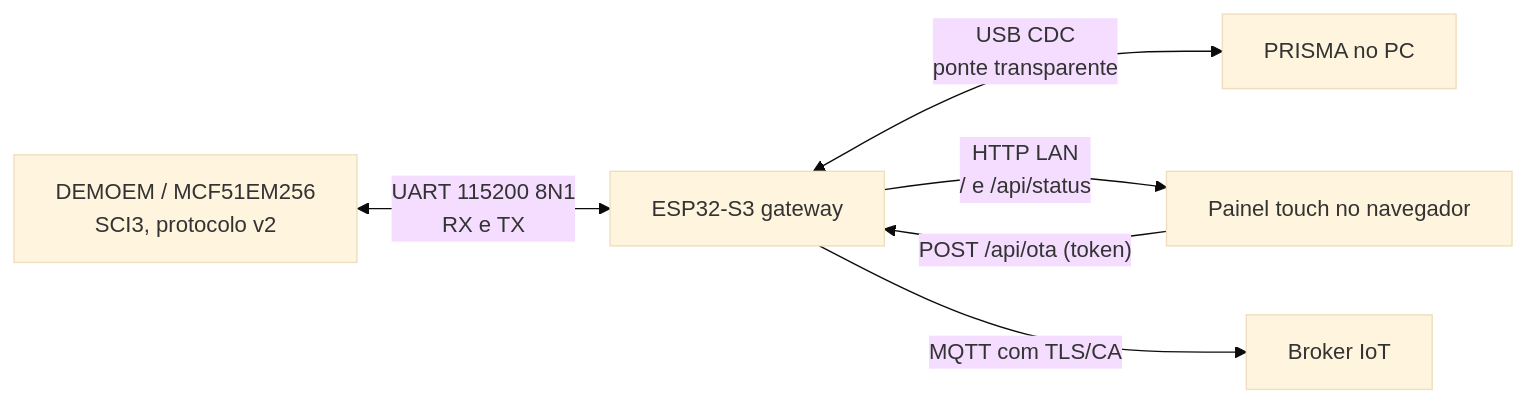
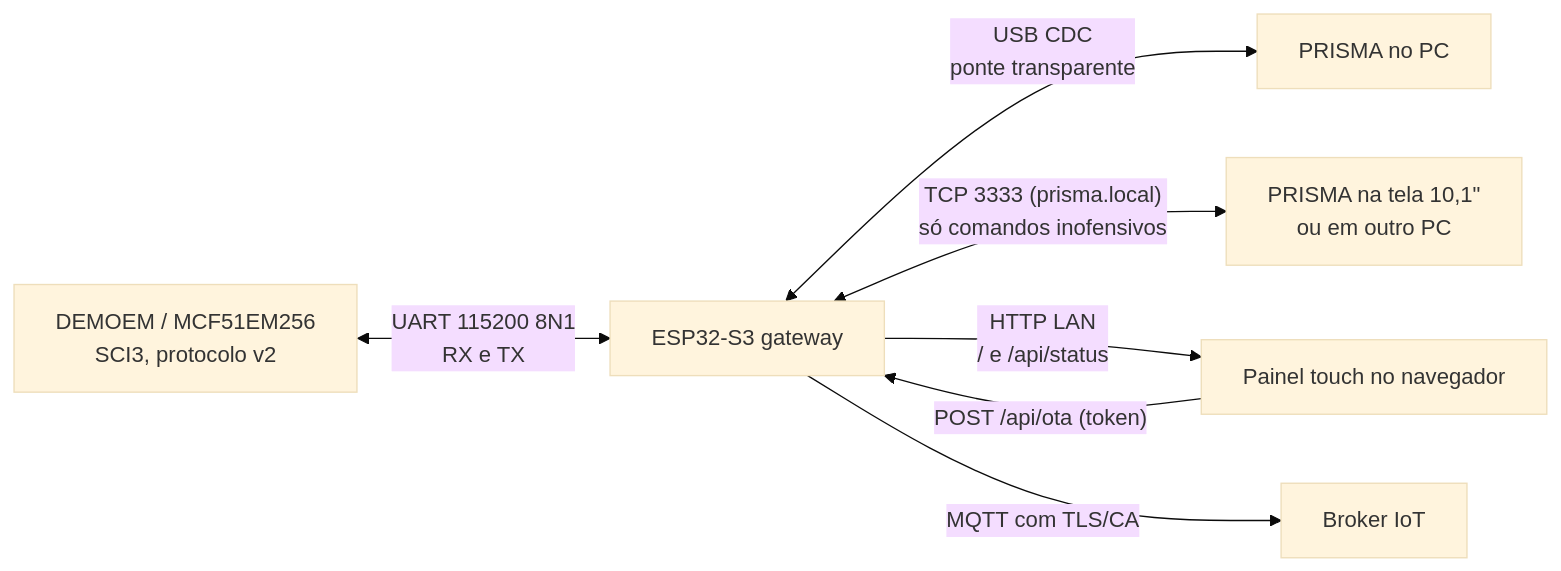
Before and after one commit to frahncky/PRISMA: the diagram in gateway/esp32s3/README.md, drawn with Mermaid (base theme). The commit also changed other lines of this file and 17 other files, not shown here.

First line of the commit message:
feat: PRISMA pela rede (gateway ESP32-S3 em TCP e ponte serial→TCP no PC)

````diff
--- a/gateway/esp32s3/README.md
+++ b/gateway/esp32s3/README.md
@@ -9,8 +9,9 @@
 ```mermaid
 flowchart LR
   ColdFire["DEMOEM / MCF51EM256<br/>SCI3, protocolo v2"] <-->|"UART 115200 8N1<br/>RX e TX"| ESP["ESP32-S3 gateway"]
   ESP <-->|"USB CDC<br/>ponte transparente"| Desktop["PRISMA no PC"]
+  ESP <-->|"TCP 3333 (prisma.local)<br/>só comandos inofensivos"| Tela["PRISMA na tela 10,1&quot;<br/>ou em outro PC"]
   ESP -->|"HTTP LAN<br/>/ e /api/status"| Web["Painel touch no navegador"]
   Web -->|"POST /api/ota (token)"| ESP
   ESP -->|"MQTT com TLS/CA"| Broker["Broker IoT"]
 ```
````
